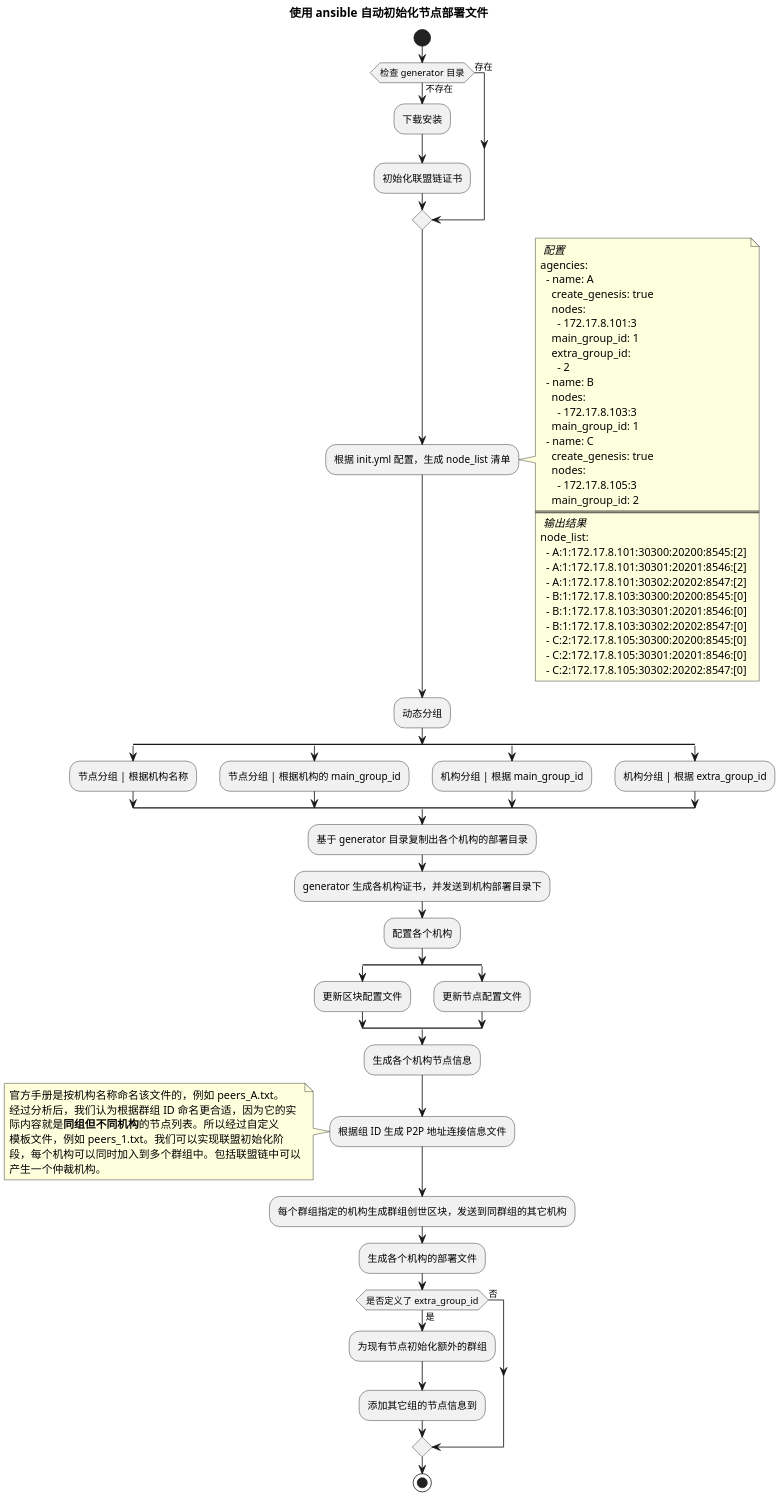
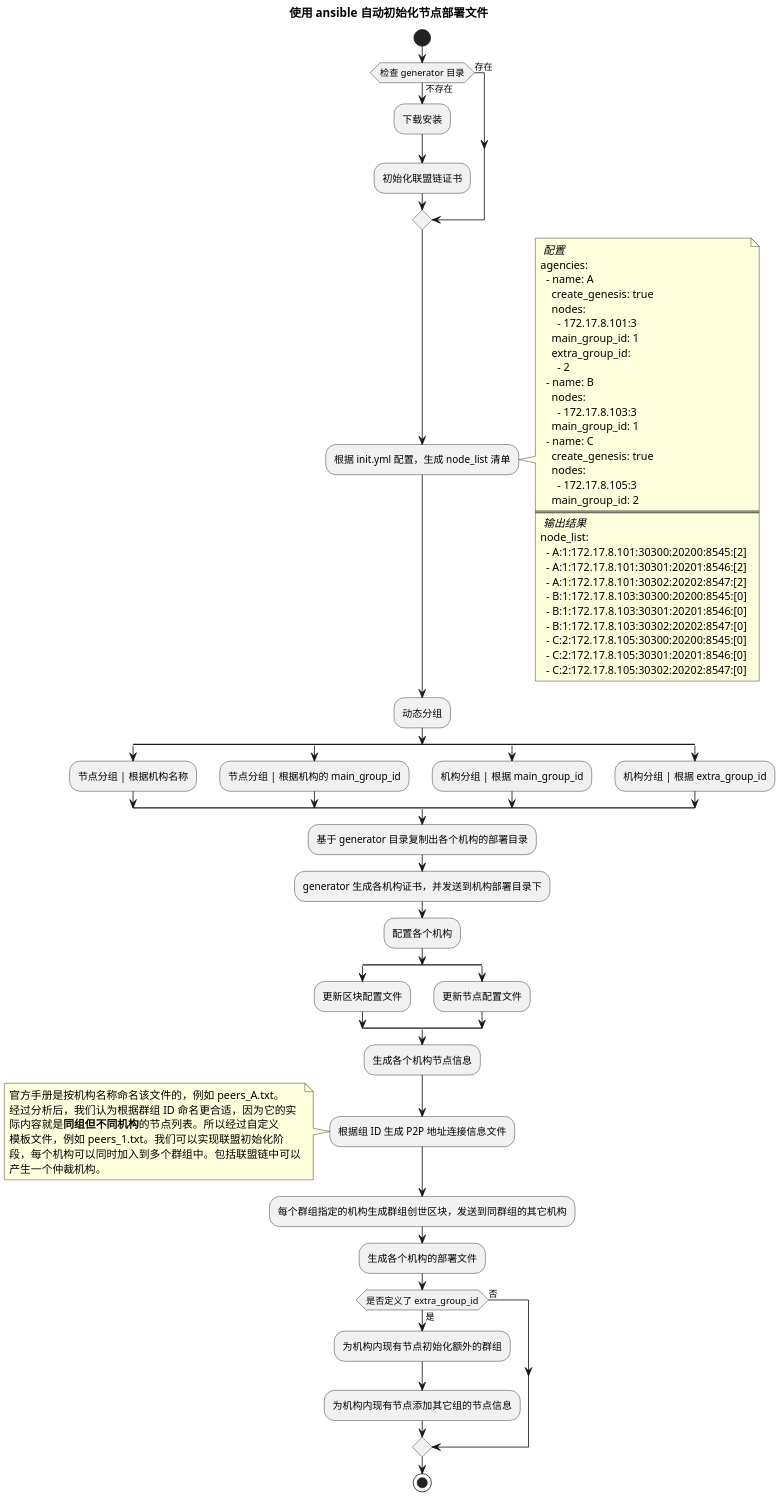
Before and after one commit to newtouch-cloud/ansible-for-fisco-bcos: the diagram in Docs/activity-diagram-ansible.plantuml, drawn with PlantUML. The commit also changed 1 other file, not shown here.

Commit message:
REV: update diagram

```diff
--- a/Docs/activity-diagram-ansible.plantuml
+++ b/Docs/activity-diagram-ansible.plantuml
@@ -1,93 +1,93 @@
 @startuml
 
 scale 1920 width
 
 title 使用 ansible 自动初始化节点部署文件
 
 start
 
 if (检查 generator 目录) then (不存在)
   :下载安装;
   :初始化联盟链证书;
 else (存在)
 endif
 :根据 init.yml 配置，生成 node_list 清单;
 note right
   // 配置 //
   agencies:
     - name: A
       create_genesis: true
       nodes:
         - 172.17.8.101:3
       main_group_id: 1
       extra_group_id:
         - 2
     - name: B
       nodes:
         - 172.17.8.103:3
       main_group_id: 1
     - name: C
       create_genesis: true
       nodes:
         - 172.17.8.105:3
       main_group_id: 2
   ====
   // 输出结果 //
   node_list:
     - A:1:172.17.8.101:30300:20200:8545:[2]
     - A:1:172.17.8.101:30301:20201:8546:[2]
     - A:1:172.17.8.101:30302:20202:8547:[2]
     - B:1:172.17.8.103:30300:20200:8545:[0]
     - B:1:172.17.8.103:30301:20201:8546:[0]
     - B:1:172.17.8.103:30302:20202:8547:[0]
     - C:2:172.17.8.105:30300:20200:8545:[0]
     - C:2:172.17.8.105:30301:20201:8546:[0]
     - C:2:172.17.8.105:30302:20202:8547:[0]
 end note
 
 :动态分组;
 split
   :节点分组 | 根据机构名称;
 split again
   :节点分组 | 根据机构的 main_group_id;
 split again
   :机构分组 | 根据 main_group_id;
 split again
   :机构分组 | 根据 extra_group_id;
 end split
 
 :基于 generator 目录复制出各个机构的部署目录;
 
 :generator 生成各机构证书，并发送到机构部署目录下;
 
 :配置各个机构;
 split
   :更新区块配置文件;
 split again
   :更新节点配置文件;
 end split
 
 :生成各个机构节点信息;
 
 :根据组 ID 生成 P2P 地址连接信息文件;
 note left
   官方手册是按机构名称命名该文件的，例如 peers_A.txt。
   经过分析后，我们认为根据群组 ID 命名更合适，因为它的实
   际内容就是**同组但不同机构**的节点列表。所以经过自定义
   模板文件，例如 peers_1.txt。我们可以实现联盟初始化阶
   段，每个机构可以同时加入到多个群组中。包括联盟链中可以
   产生一个仲裁机构。
 end note
 
 :每个群组指定的机构生成群组创世区块，发送到同群组的其它机构;
 
 :生成各个机构的部署文件;
 if (是否定义了 extra_group_id) then (是)
-  :为现有节点初始化额外的群组;
-  :添加其它组的节点信息到;
+  :为机构内现有节点初始化额外的群组;
+  :为机构内现有节点添加其它组的节点信息;
 else (否)
 endif
 
 stop
 
 @enduml
```
